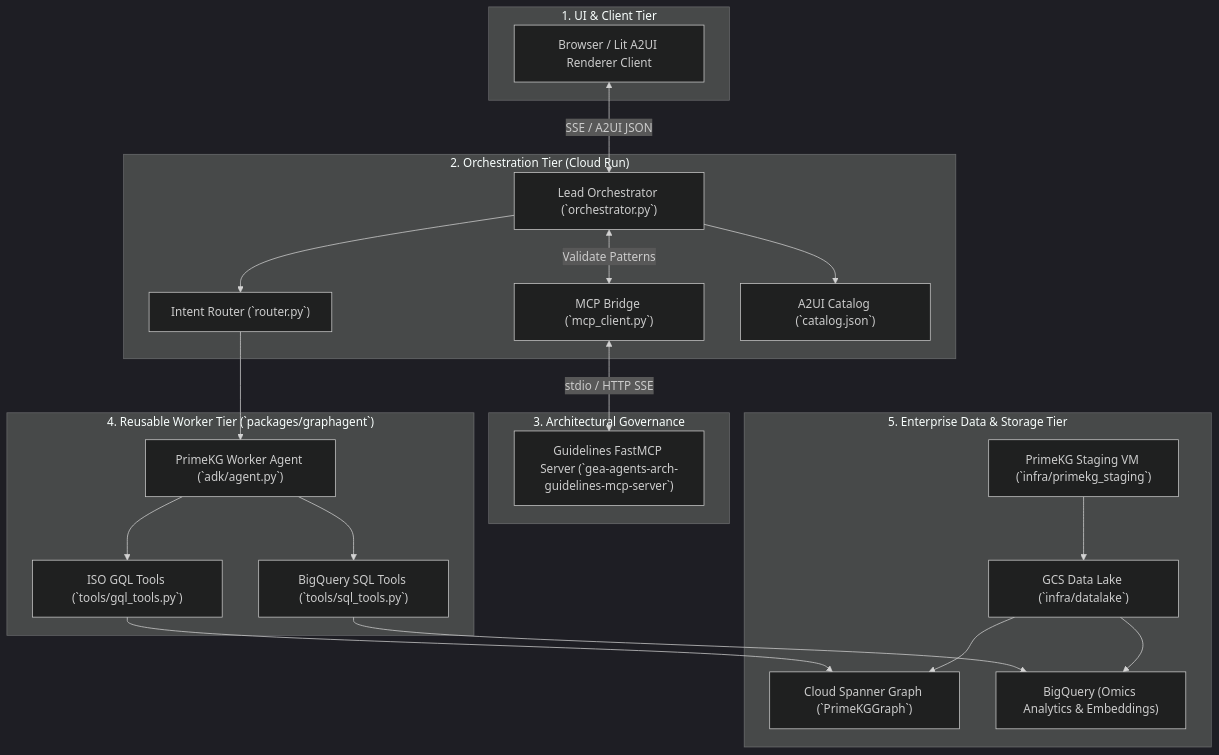
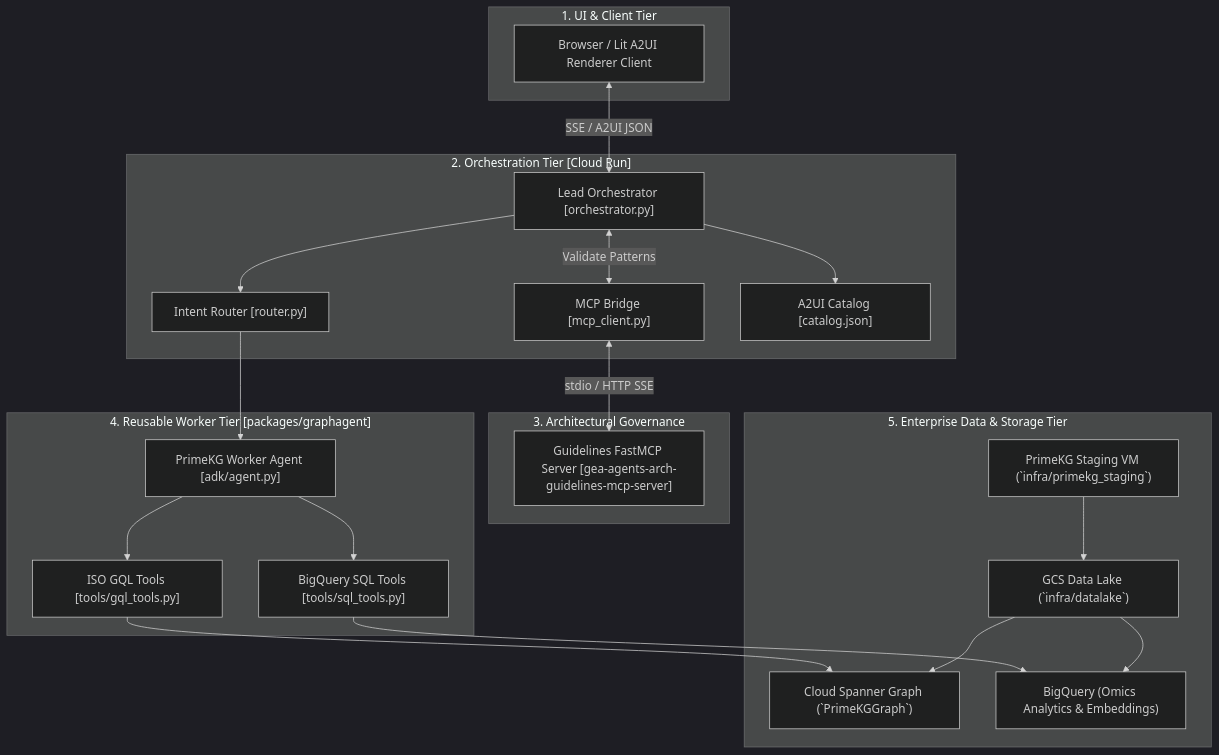
The diagram in docs/architecture.md (prdmohangoogley/cancer-co-scientist-reusable-graphagents-architectural-kgraph), drawn with Mermaid (dark theme) before and after one commit. The commit also changed 1 other file, not shown here.

Commit message:
fix(docs): resolve Mermaid syntax parse error on edge label and standardize node formats

````diff
--- a/docs/architecture.md
+++ b/docs/architecture.md
@@ -12,44 +12,44 @@
 ```mermaid
 graph TD
     subgraph UI_Tier["1. UI & Client Tier"]
         Client["Browser / Lit A2UI Renderer Client"]
     end
 
-    subgraph Orchestration_Tier["2. Orchestration Tier (Cloud Run)"]
-        LeadOrchestrator["Lead Orchestrator (`orchestrator.py`)"]
-        Router["Intent Router (`router.py`)"]
-        MCPClient["MCP Bridge (`mcp_client.py`)"]
-        Catalog["A2UI Catalog (`catalog.json`)"]
+    subgraph Orchestration_Tier["2. Orchestration Tier [Cloud Run]"]
+        LeadOrchestrator["Lead Orchestrator [orchestrator.py]"]
+        Router["Intent Router [router.py]"]
+        MCPClient["MCP Bridge [mcp_client.py]"]
+        Catalog["A2UI Catalog [catalog.json]"]
     end
 
     subgraph Governance["3. Architectural Governance"]
-        GuidelinesMCP["Guidelines FastMCP Server (`gea-agents-arch-guidelines-mcp-server`)"]
+        GuidelinesMCP["Guidelines FastMCP Server [gea-agents-arch-guidelines-mcp-server]"]
     end
 
-    subgraph Worker_Tier["4. Reusable Worker Tier (`packages/graphagent`)"]
-        PrimeKGWorker["PrimeKG Worker Agent (`adk/agent.py`)"]
-        GQLTools["ISO GQL Tools (`tools/gql_tools.py`)"]
-        SQLTools["BigQuery SQL Tools (`tools/sql_tools.py`)"]
+    subgraph Worker_Tier["4. Reusable Worker Tier [packages/graphagent]"]
+        PrimeKGWorker["PrimeKG Worker Agent [adk/agent.py]"]
+        GQLTools["ISO GQL Tools [tools/gql_tools.py]"]
+        SQLTools["BigQuery SQL Tools [tools/sql_tools.py]"]
     end
 
     subgraph Storage_Tier["5. Enterprise Data & Storage Tier"]
         Spanner["Cloud Spanner Graph (`PrimeKGGraph`)"]
         BigQuery["BigQuery (Omics Analytics & Embeddings)"]
         GCS["GCS Data Lake (`infra/datalake`)"]
         Staging["PrimeKG Staging VM (`infra/primekg_staging`)"]
     end
 
     Client <-->|SSE / A2UI JSON| LeadOrchestrator
     LeadOrchestrator <-->|Validate Patterns| MCPClient
     MCPClient <-->|stdio / HTTP SSE| GuidelinesMCP
     LeadOrchestrator --> Router
     Router --> PrimeKGWorker
     PrimeKGWorker --> GQLTools
     PrimeKGWorker --> SQLTools
     GQLTools --> Spanner
     SQLTools --> BigQuery
     Staging --> GCS
     GCS --> Spanner
     GCS --> BigQuery
     LeadOrchestrator --> Catalog
 ```
````
